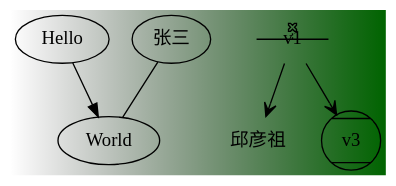
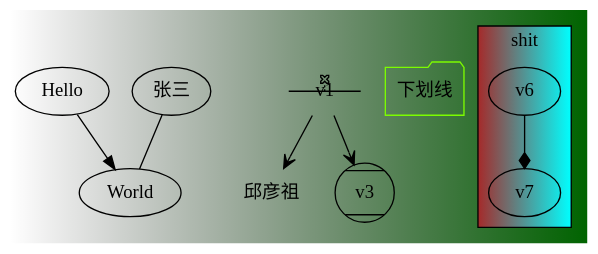
One commit to Qiu-Weidong/vscode-graphviz-extension changed the diagram in examples/hello.dot. Above: the diagram before and after it, drawn with Graphviz. The commit also changed other lines of this file and 5 other files, not shown here.

```diff
--- a/examples/hello.dot
+++ b/examples/hello.dot
@@ -1,21 +1,24 @@
+digraph G{
+  Hello -> World;
+  bgcolor="transparent:darkgreen:crimson:transparent";
+  v1 [shape="ribosite"];
+  v2 [shape="plaintext", label="邱彦祖"];
+  v1 -> v2 [arrowhead="vee"];
+  v1 -> v3 [arrowhead="open"];
+  "张三" -> "World" [dir="none"];
+  v3 [shape="Mcircle"];
+  charset="utf-8";
+  v4 [color="lawngreen", shape="folder", label="下划线"];
+  
+  subgraph cluster_0 {
+    label="shit";
+    v6 -> v7 [arrowhead=diamond];
+    bgcolor="brown:aqua:transparent";
+  }
+
+  // subgraph cluster_1 {
+  //   v8 -> v9 [arrowhead=crow];
+  // }
 
 
-
-
-digraph G{
-
-  Hello -> World ;
-  bgcolor="transparent:darkgreen:crimson:transparent";
-
-  v1 [shape=ribosite] ;
-  v2 [shape=plaintext, label="邱彦祖"];
-  v1 -> v2 [arrowhead=vee];
-  v1 -> v3 [arrowhead=open];
-  "张三" -> "World" [dir=none];
-  v3 [shape=Mcircle];
-
-  charset = "utf-8";
-
-  subgraph cluster_0 {
-  }
 }
```
